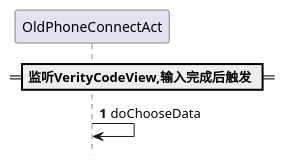
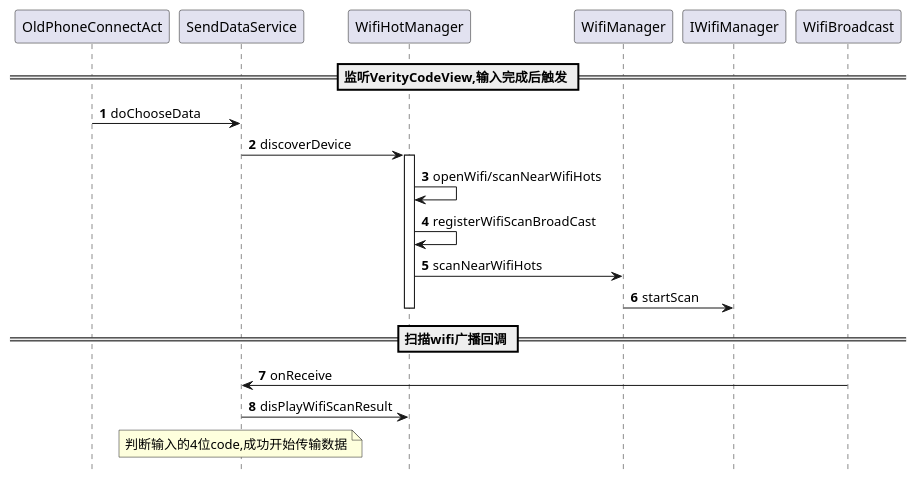
One commit to liuwenrong/Markdown changed the diagram in 100Work/140文档/Yota/143CloneIt/2018-3-28CloneIt一键换机.md. Above: the diagram before and after it, drawn with PlantUML.

Commit message:
修改文件: 100Work/140文档/Yota/143CloneIt/2018-3-28CloneIt一键换机.md

````diff
--- a/100Work/140文档/Yota/143CloneIt/2018-3-28CloneIt一键换机.md
+++ b/100Work/140文档/Yota/143CloneIt/2018-3-28CloneIt一键换机.md
@@ -16,8 +16,19 @@
 ```plantuml!
 @startuml
 hide footbox
 autonumber
 == 监听VerityCodeView,输入完成后触发 ==
-OldPhoneConnectAct -> OldPhoneConnectAct : doChooseData
+OldPhoneConnectAct -> SendDataService : doChooseData
+SendDataService -> WifiHotManager : discoverDevice
+activate WifiHotManager
+WifiHotManager -> WifiHotManager : openWifi/scanNearWifiHots
+WifiHotManager -> WifiHotManager : registerWifiScanBroadCast
+WifiHotManager -> WifiManager : scanNearWifiHots
+WifiManager -> IWifiManager : startScan
+deactivate WifiHotManager
 
+== 扫描wifi广播回调 ==
+WifiBroadcast -> SendDataService : onReceive
+SendDataService -> WifiHotManager : disPlayWifiScanResult
+note over SendDataService : 判断输入的4位code,成功开始传输数据
 ```
````
